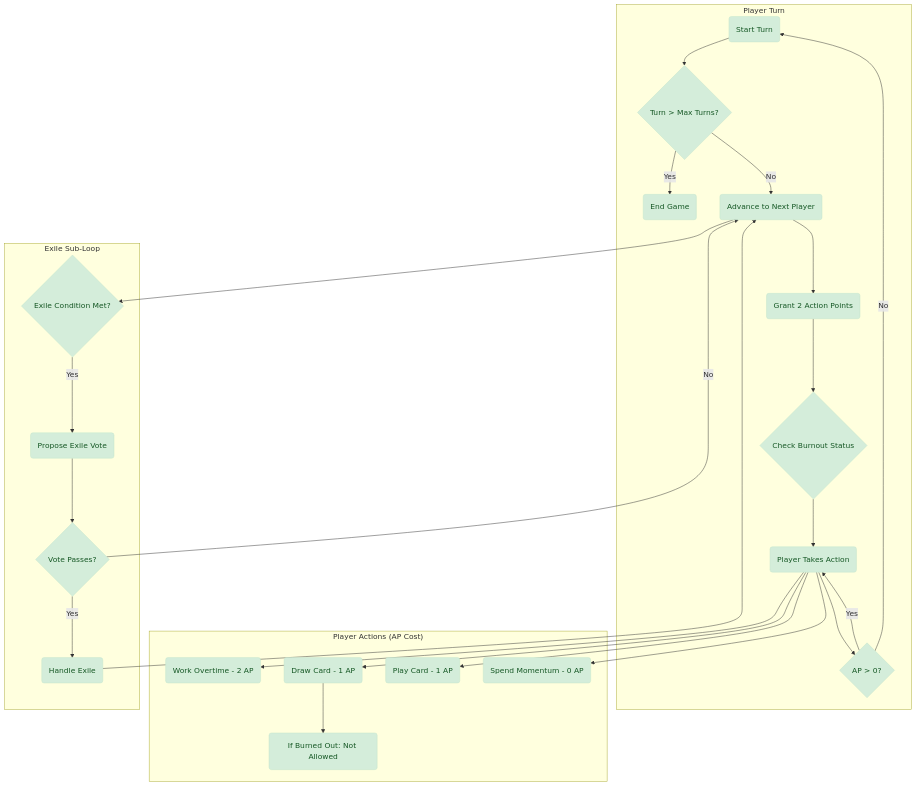
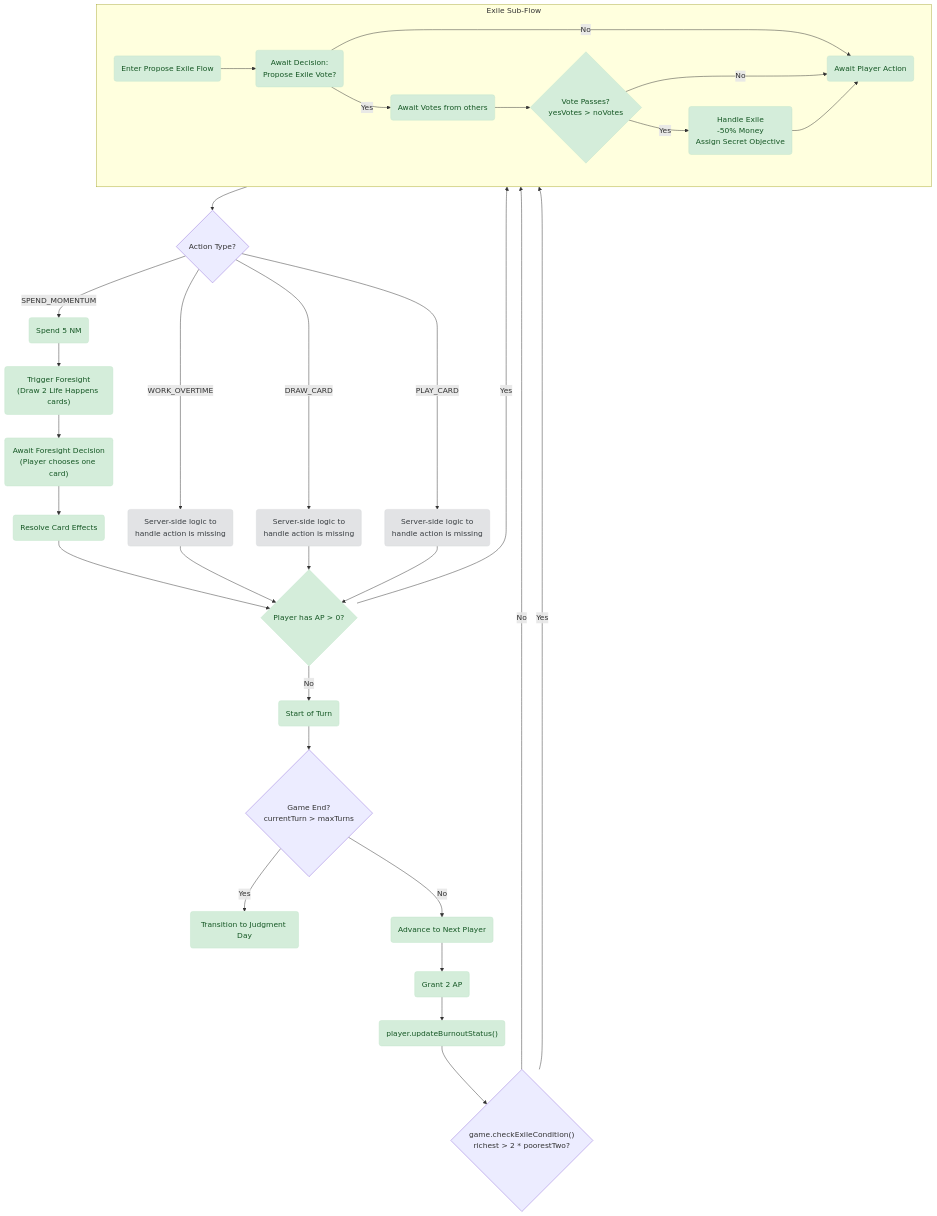
One commit to joshhickson/reality_check changed the third of 4 diagrams in docs/2025-09-27_Game_Logic_Mermaid_Map.md. Above: the diagram before and after it, drawn with Mermaid. The commit also changed other lines of this file, not shown here.

````diff
--- a/docs/2025-09-27_Game_Logic_Mermaid_Map.md
+++ b/docs/2025-09-27_Game_Logic_Mermaid_Map.md
@@ -60,34 +99,43 @@
 ```mermaid
 flowchart TD
-    subgraph "Player Turn"
-        A(Start Turn) --> B{Turn > Max Turns?};
-        B -- Yes --> Z(End Game);
-        B -- No --> C(Advance to Next Player);
-        C --> D(Grant 2 Action Points);
-        D --> E{Check Burnout Status};
-        E --> F(Player Takes Action);
-        F --> G{AP > 0?};
-        G -- Yes --> F;
-        G -- No --> A;
+    A(Start of Turn):::implemented --> B{"Game End?<br/>currentTurn > maxTurns"};
+    B -- Yes --> B1(Transition to Judgment Day):::implemented;
+    B -- No --> C(Advance to Next Player):::implemented;
+    C --> D(Grant 2 AP):::implemented;
+    D --> E("player.updateBurnoutStatus()"):::implemented;
+    E --> F{"game.checkExileCondition()<br/>richest > 2 * poorestTwo?"};
+
+    F -- No --> G(Await Player Action):::implemented;
+    F -- Yes --> F1(Enter Propose Exile Flow):::implemented;
+
+    subgraph "Exile Sub-Flow"
+        direction LR
+        F1 --> F2("Await Decision:<br/>Propose Exile Vote?"):::implemented;
+        F2 -- Yes --> F3(Await Votes from others):::implemented;
+        F3 --> F4{"Vote Passes?<br/>yesVotes > noVotes"}:::implemented;
+        F4 -- Yes --> F5("Handle Exile<br/>-50% Money<br/>Assign Secret Objective"):::implemented;
+        F2 & F4 -- No --> G;
+        F5 --> G;
     end
 
-    subgraph "Player Actions (AP Cost)"
-        F --> F1(Work Overtime - 2 AP):::implemented;
-        F --> F2(Draw Card - 1 AP):::implemented;
-        F2 --> F2a("If Burned Out: Not Allowed"):::implemented;
-        F --> F3(Play Card - 1 AP):::implemented;
-        F --> F4(Spend Momentum - 0 AP):::implemented;
-    end
+    G --> H{Action Type?};
 
-    subgraph "Exile Sub-Loop"
-        C --> H{Exile Condition Met?};
-        H -- Yes --> I(Propose Exile Vote):::implemented;
-        I --> J{Vote Passes?};
-        J -- Yes --> K(Handle Exile):::implemented;
-        J -- No --> C;
-        K --> C;
-    end
+    H -- SPEND_MOMENTUM --> I1("Spend 5 NM"):::implemented;
+    I1 --> I2("Trigger Foresight<br/>(Draw 2 Life Happens cards)"):::implemented;
+    I2 --> I3("Await Foresight Decision<br/>(Player chooses one card)"):::implemented;
+    I3 --> I4("Resolve Card Effects"):::implemented;
+    I4 --> J;
+
+    H -- WORK_OVERTIME --> J1(Server-side logic to<br/>handle action is missing):::hypothetical;
+    H -- DRAW_CARD --> J2(Server-side logic to<br/>handle action is missing):::hypothetical;
+    H -- PLAY_CARD --> J3(Server-side logic to<br/>handle action is missing):::hypothetical;
+
+    J1 & J2 & J3 --> J;
+
+    J{"Player has AP > 0?"}:::implemented;
+    J -- Yes --> G;
+    J -- No --> A;
 
     classDef implemented fill:#d4edda,stroke:#c3e6cb,color:#155724;
-    class A,B,C,D,E,F,G,H,I,J,K,Z,F1,F2,F2a,F3,F4 implemented;
+    classDef hypothetical fill:#e2e3e5,stroke:#d6d8db,color:#383d41;
 ```
````
